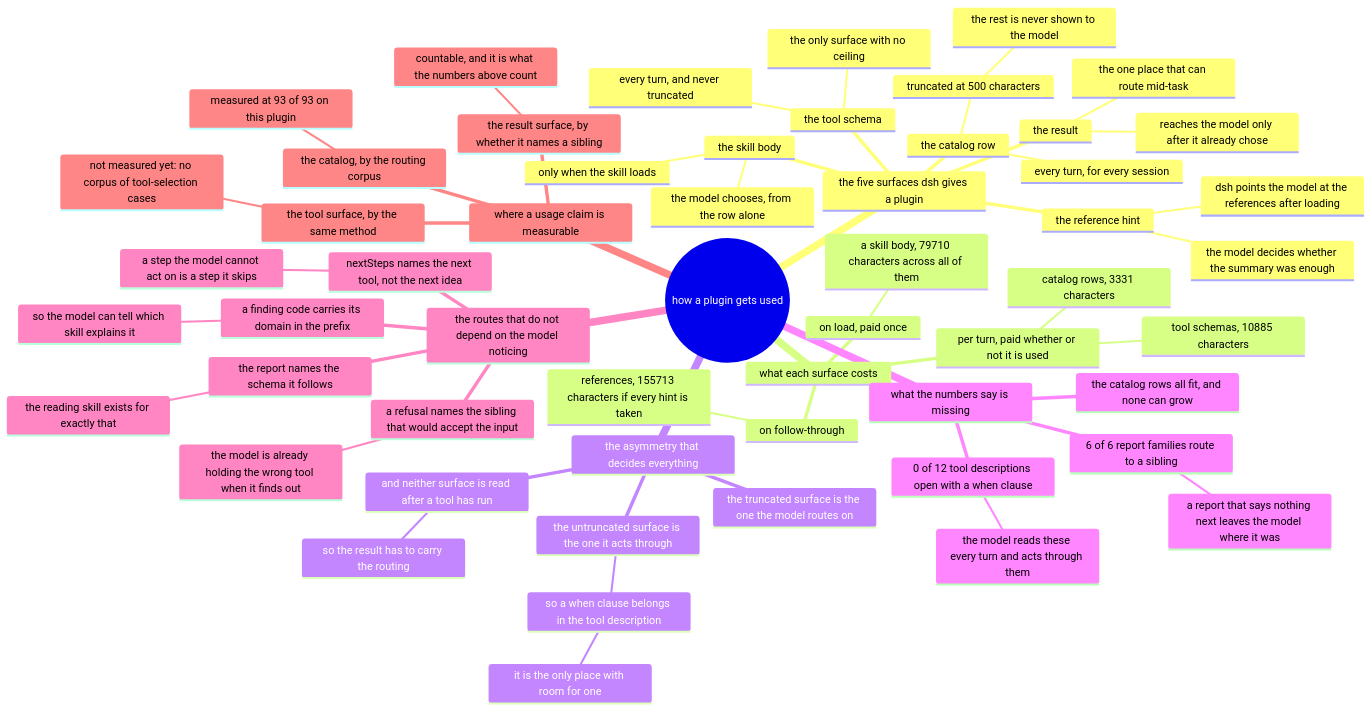
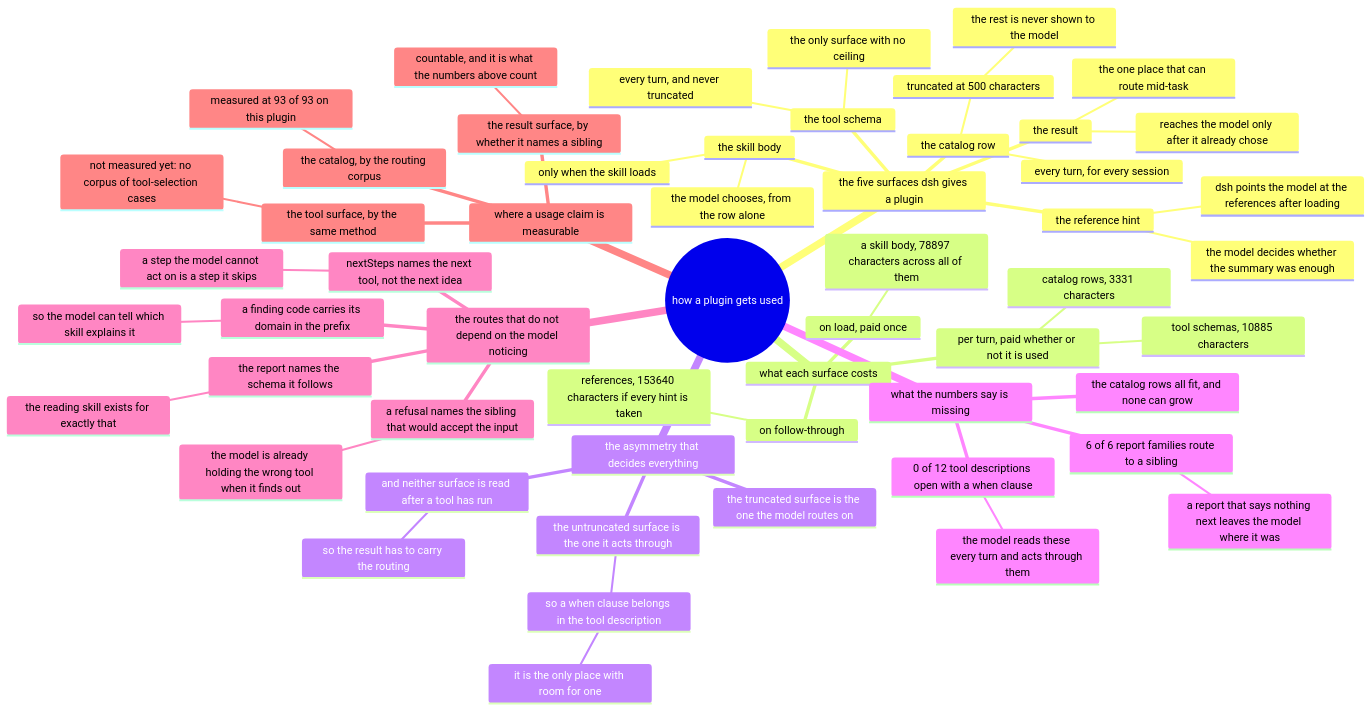
Before and after one commit to AmethystLuna/dsh-model-everything: the diagram in docs/usage/mindmap.mmd, drawn with Mermaid. The commit also changed 5 other files, not shown here.

```diff
--- a/docs/usage/mindmap.mmd
+++ b/docs/usage/mindmap.mmd
@@ -1,56 +1,56 @@
 mindmap
 root((how a plugin gets used))
   the five surfaces dsh gives a plugin
     the catalog row
       every turn, for every session
       truncated at 500 characters
         the rest is never shown to the model
     the skill body
       only when the skill loads
       the model chooses, from the row alone
     the reference hint
       dsh points the model at the references after loading
       the model decides whether the summary was enough
     the tool schema
       every turn, and never truncated
       the only surface with no ceiling
     the result
       reaches the model only after it already chose
       the one place that can route mid-task
   what each surface costs
     per turn, paid whether or not it is used
       catalog rows, 3331 characters
       tool schemas, 10885 characters
     on load, paid once
-      a skill body, 79710 characters across all of them
+      a skill body, 78897 characters across all of them
     on follow-through
-      references, 155713 characters if every hint is taken
+      references, 153640 characters if every hint is taken
   the asymmetry that decides everything
     the truncated surface is the one the model routes on
     the untruncated surface is the one it acts through
       so a when clause belongs in the tool description
         it is the only place with room for one
     and neither surface is read after a tool has run
       so the result has to carry the routing
   what the numbers say is missing
     0 of 12 tool descriptions open with a when clause
       the model reads these every turn and acts through them
     6 of 6 report families route to a sibling
       a report that says nothing next leaves the model where it was
     the catalog rows all fit, and none can grow
   the routes that do not depend on the model noticing
     a refusal names the sibling that would accept the input
       the model is already holding the wrong tool when it finds out
     nextSteps names the next tool, not the next idea
       a step the model cannot act on is a step it skips
     a finding code carries its domain in the prefix
       so the model can tell which skill explains it
     the report names the schema it follows
       the reading skill exists for exactly that
   where a usage claim is measurable
     the catalog, by the routing corpus
       measured at 93 of 93 on this plugin
     the tool surface, by the same method
       not measured yet: no corpus of tool-selection cases
     the result surface, by whether it names a sibling
       countable, and it is what the numbers above count
```
